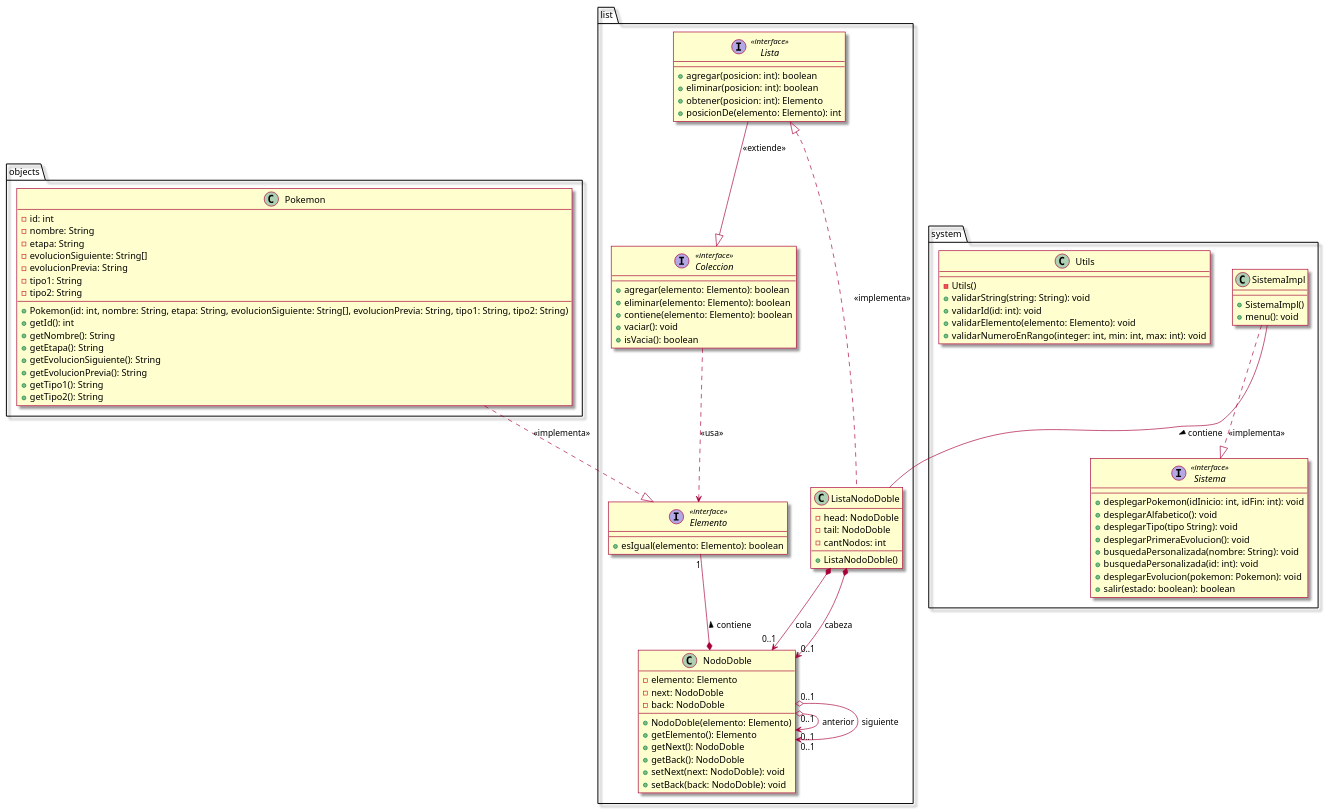
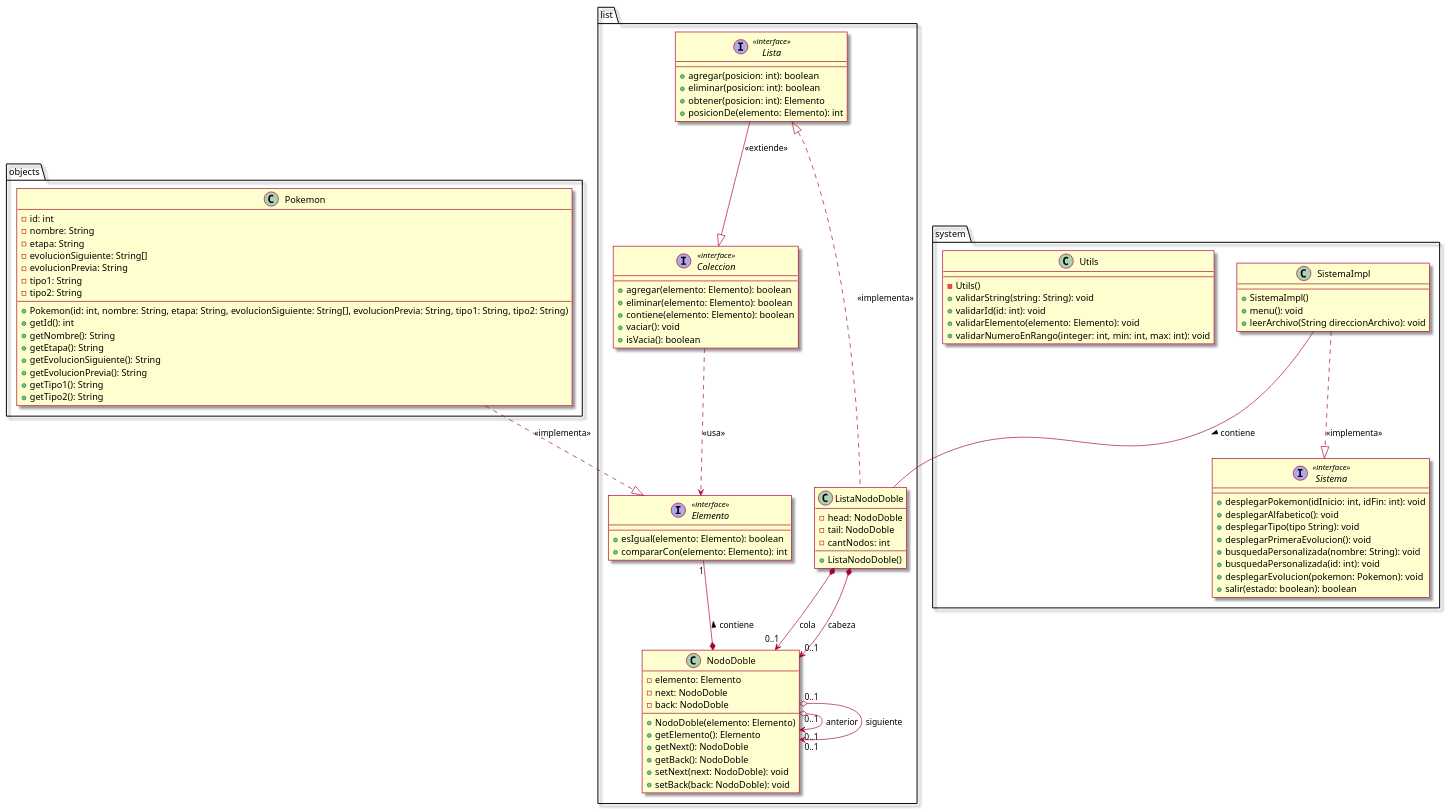
One commit to ProMDFK123/Taller4 changed the diagram in src/clases.puml. Above: the diagram before and after it, drawn with PlantUML. The commit also changed 4 other files, not shown here.

```diff
--- a/src/clases.puml
+++ b/src/clases.puml
@@ -1,104 +1,106 @@
 @startuml
 skin rose
 
 package objects{
     Class Pokemon{
         -id: int
         -nombre: String
         -etapa: String
         -evolucionSiguiente: String[]
         -evolucionPrevia: String
         -tipo1: String
         -tipo2: String
 
         +Pokemon(id: int, nombre: String, etapa: String, evolucionSiguiente: String[], evolucionPrevia: String, tipo1: String, tipo2: String)
         +getId(): int
         +getNombre(): String
         +getEtapa(): String
         +getEvolucionSiguiente(): String
         +getEvolucionPrevia(): String
         +getTipo1(): String
         +getTipo2(): String
     }
 }
 
 package system{
     interface Sistema <<interface>>{
         +desplegarPokemon(idInicio: int, idFin: int): void
         +desplegarAlfabetico(): void
         +desplegarTipo(tipo String): void
         +desplegarPrimeraEvolucion(): void
         +busquedaPersonalizada(nombre: String): void
         +busquedaPersonalizada(id: int): void
         +desplegarEvolucion(pokemon: Pokemon): void
         +salir(estado: boolean): boolean
     }
 
     Class SistemaImpl{
         +SistemaImpl()
         +menu(): void
+        +leerArchivo(String direccionArchivo): void
     }
     SistemaImpl ..^ Sistema: <<implementa>>
 
     Class Utils{
         -Utils()
         +validarString(string: String): void
         +validarId(id: int): void
         +validarElemento(elemento: Elemento): void
         +validarNumeroEnRango(integer: int, min: int, max: int): void
     }
 }
 
 package list{
     Class NodoDoble{
         -elemento: Elemento
         -next: NodoDoble
         -back: NodoDoble
 
         +NodoDoble(elemento: Elemento)
         +getElemento(): Elemento
         +getNext(): NodoDoble
         +getBack(): NodoDoble
         +setNext(next: NodoDoble): void
         +setBack(back: NodoDoble): void
     }
     NodoDoble"0..1" o--> "0..1"NodoDoble: anterior
     NodoDoble"0..1" o--> "0..1"NodoDoble: siguiente
 
     Class ListaNodoDoble{
         -head: NodoDoble
         -tail: NodoDoble
         -cantNodos: int
 
         +ListaNodoDoble()
     }
     ListaNodoDoble *--> "0..1"NodoDoble: cabeza
     ListaNodoDoble *--> "0..1"NodoDoble: cola
 
     interface Elemento <<interface>>{
         +esIgual(elemento: Elemento): boolean
+        +compararCon(elemento: Elemento): int
     }
     Elemento"1" --* NodoDoble: contiene <
 
     interface Coleccion <<interface>>{
         +agregar(elemento: Elemento): boolean
         +eliminar(elemento: Elemento): boolean
         +contiene(elemento: Elemento): boolean
         +vaciar(): void
         +isVacia(): boolean
     }
 
     interface Lista <<interface>>{
         +agregar(posicion: int): boolean
         +eliminar(posicion: int): boolean
         +obtener(posicion: int): Elemento
         +posicionDe(elemento: Elemento): int
     }
     Lista ^.. ListaNodoDoble: <<implementa>>
     Lista --^ Coleccion: <<extiende>>
     Coleccion ..> Elemento: <<usa>>
 }
 
 Pokemon ..^ Elemento: <<implementa>>
 SistemaImpl -- ListaNodoDoble: contiene >
 @enduml
```
